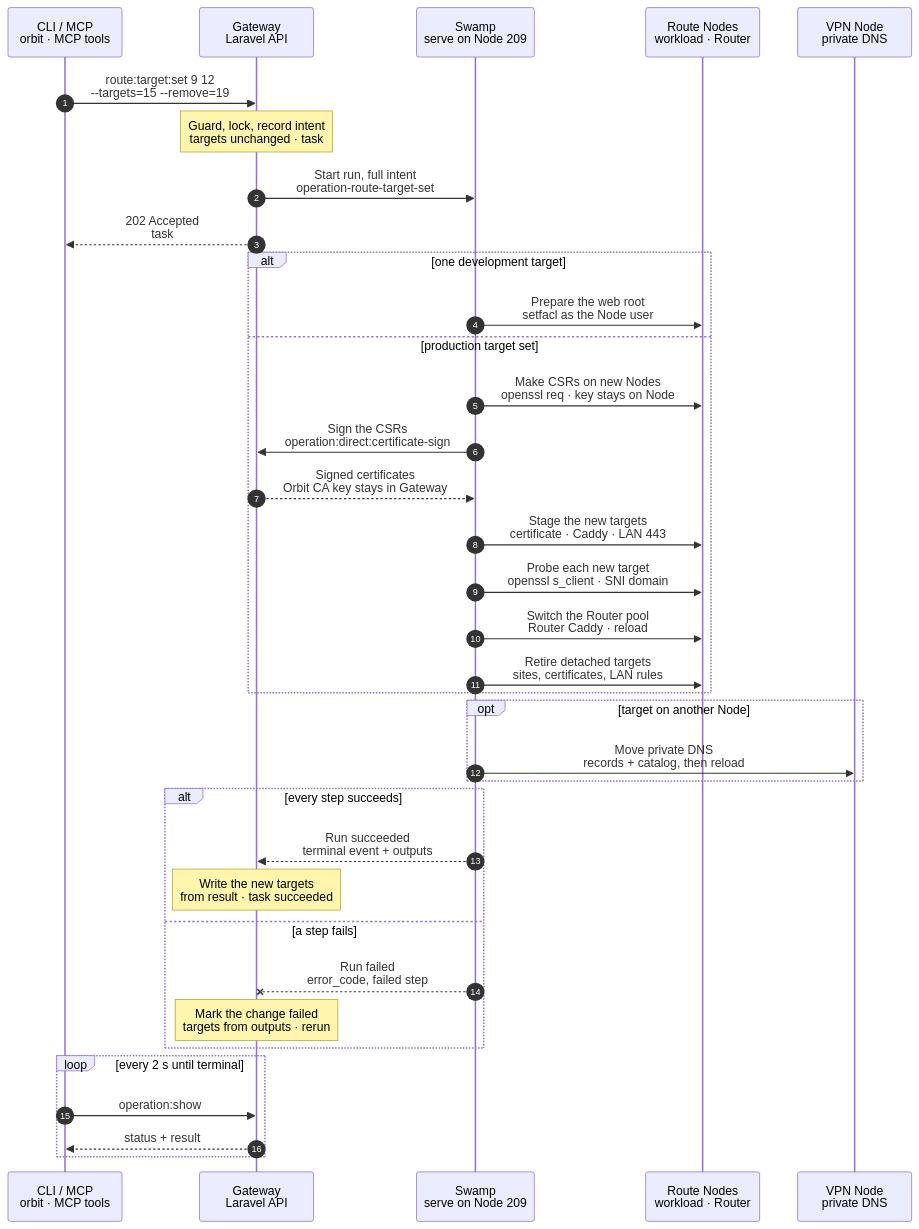
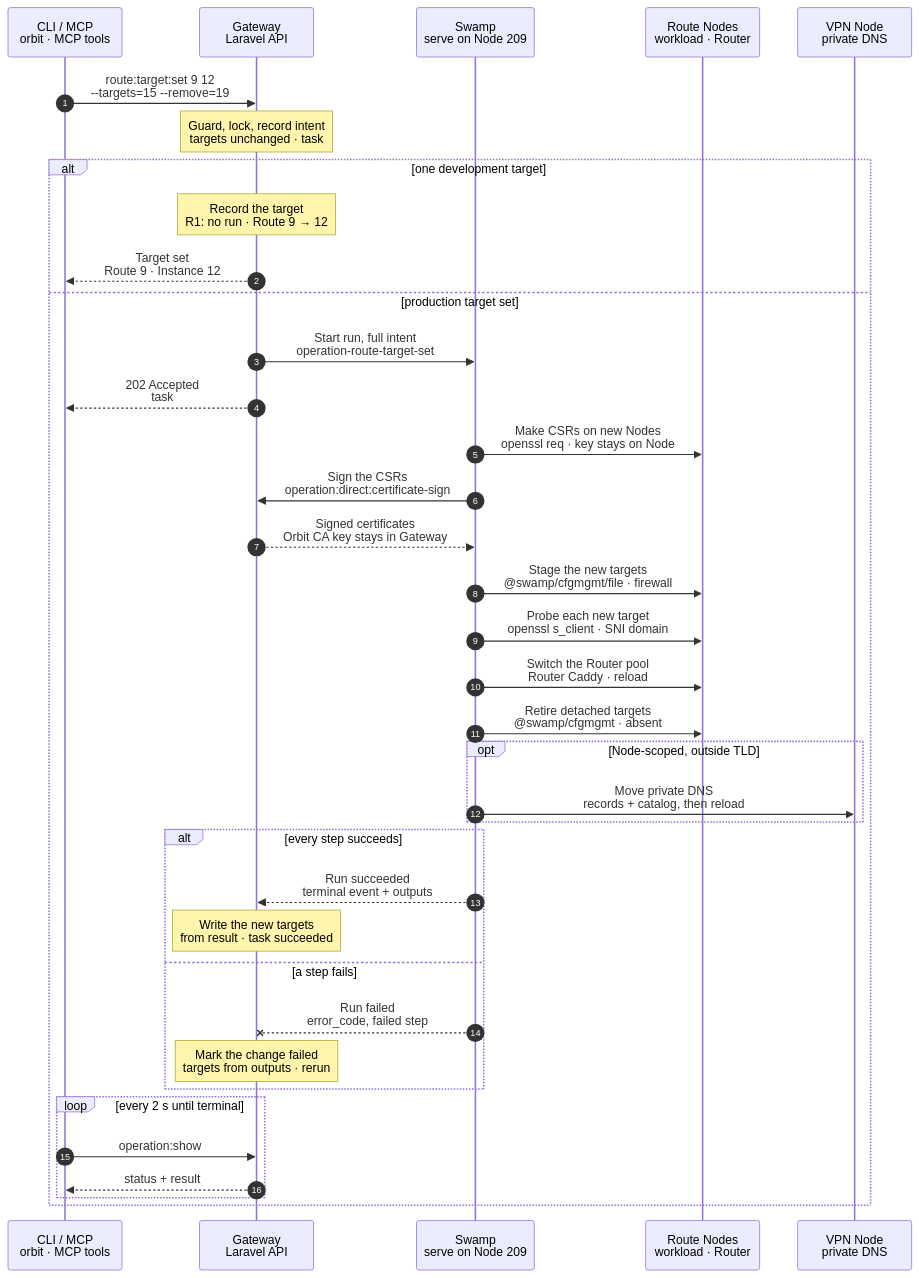
One commit to hardimpactdev/orbit changed the diagram in docs/cli/route/target-set.mmd. Above: the diagram before and after it, drawn with Mermaid.

Commit message:
docs(cli): tighten route.target_set chart

```diff
--- a/docs/cli/route/target-set.mmd
+++ b/docs/cli/route/target-set.mmd
@@ -1,135 +1,141 @@
 sequenceDiagram
   %% Target design: ADR 0244 task, DECISIONS R1-R4 + round 2 (target_set single path, R2), Gateway signs CSRs (root-of-trust), single-swamp-node. docs/cli/route.mdx, docs/reference/routes.md (Create and change targets, Change a production target set).
+  %% Tightened: flow-tighten 2026-11-02, rules 2, 3, 22 (development target is record-only: instance:create owns web-root access; DNS only outside the TLD; cfgmgmt file/firewall).
   %% status: draft
   %% command: route:target:set
   %% kind: route.target_set
   autonumber
   %% lane CLI icon=terminal pill=caller tone=gray
   %% lane GW icon=gateway pill=intent tone=blue
   %% lane SW icon=workflow pill=executes tone=green
   %% lane N icon=server pill=target tone=amber
   %% lane V icon=server pill=target tone=purple
   participant CLI as CLI / MCP<br/>orbit · MCP tools
   participant GW as Gateway<br/>Laravel API
   participant SW as Swamp<br/>serve on Node 209
   participant N as Route Nodes<br/>workload · Router
   participant V as VPN Node<br/>private DNS
   CLI->>GW: route:target:set 9 12<br/>--targets=15 --remove=19
   %%> Command:
   %%> - `orbit route:target:set 9 12 --targets=15 --reassign=18:4 --remove=19`
   %%> - syntax: `<route> <target> [--targets=ID]... [--reassign=ID:ROUTE]... [--remove=ID]...`
   %%> Input:
   %%> - Route 9 and Instance 12
   %%> - without options: one target
   %%> - with options: the complete ordered production target set, here Instances 12 and 15
   %%> - each detached Instance needs a disposition: `--reassign=18:4` moves Instance 18 to Route 4, `--remove=19` allows removing Instance 19
   Note over GW: Guard, lock, record intent<br/>targets unchanged · task #5140
   %%> Requirements:
   %%> - your Node has an access grant to every target's Node
   %%> - every target is an active Instance of Route 9's Project (`route.target_app_conflict`, `route.target_inactive`)
   %%> - no active Instance loses its only Route (`route.target_conflict`)
   %%> - a single target never takes an Instance from another Route
   %%> - a target set: an explicit Cluster-scoped Route; each target a production Instance on its own active `app-prod` Node in that Cluster
   %%> Locks:
   %%> - the projection lock and the environment owner of every Instance named
   %%> - a busy lock is waited for up to 30 s, then `app-dev.projection_busy`
   %%> Result:
   %%> - task #5140 recorded with the full intent, including the old targets for recovery
   %%> - Route 9's targets stay as they are until the result
-  GW->>SW: Start run, full intent<br/>operation-route-target-set
-  %%> What it does:
-  %%> - starts one Swamp run on serve (Node 209)
-  %%> Inputs:
-  %%> - the old and new targets, and each detached Instance's disposition
-  %%> - the rendered Caddy blocks before and after, certificate leaves, LAN tuples and probes, per Node
-  %%> - production `.env` material only as vault key names in `orbit-control-inputs` (R3)
-  %%> - each Node's address and SSH host keys; the SSH identity comes from the `swamp` role
-  GW-->>CLI: 202 Accepted<br/>task #5140
-  %%> What you get:
-  %%> - the task number, at once
-  %%> Next:
-  %%> - the CLI follows the task with `operation:show`
   alt one development target
-    SW->>N: Prepare the web root<br/>setfacl as the Node user
-    %%> What it does:
-    %%> - denies Caddy the rest of Instance 12's checkout and its Git directory
-    %%> - grants Caddy read access to the web root, and passage through the directories above it
+    Note over GW: Record the target<br/>R1: no run · Route 9 → 12
     %%> When:
     %%> - Route 9 is not `active`; changing the target of an active Route is refused at admission
-    %%> Retry:
-    %%> - setting the same target again walks the checkout again and repairs the access
+    %%> Why no run:
+    %%> - `instance:create` already gave Caddy read access to Instance 12's web root (rule 2); nothing changes on a Node
+    %%> - Route 9 is not published yet, so no site or DNS record moves
+    %%> Result:
+    %%> - Route 9's target becomes Instance 12; no task, no Swamp run
+    GW-->>CLI: Target set<br/>Route 9 · Instance 12
+    %%> What you get:
+    %%> - the final result at once; there is nothing to follow
   else production target set
+    GW->>SW: Start run, full intent<br/>operation-route-target-set
+    %%> What it does:
+    %%> - starts one Swamp run on serve (Node 209)
+    %%> Inputs:
+    %%> - the old and new targets, and each detached Instance's disposition
+    %%> - the rendered Caddy blocks before and after, certificate leaves, LAN tuples and probes, per Node
+    %%> - production `.env` material only as vault key names in `orbit-control-inputs` (R3)
+    %%> - each Node's address and SSH host keys; the SSH identity comes from the `swamp` role
+    GW-->>CLI: 202 Accepted<br/>task #5140
+    %%> What you get:
+    %%> - the task number, at once
+    %%> Next:
+    %%> - the CLI follows the task with `operation:show`
     SW->>N: Make CSRs on new Nodes<br/>openssl req · key stays on Node
     %%> How:
     %%> - Swamp reaches each new target's Node over `@swamp/ssh` from 209
     %%> What it does:
     %%> - makes a key and a certificate request for the Route domain under a temporary scope
     %%> - returns only the public CSRs
     SW->>GW: Sign the CSRs<br/>operation:direct:certificate-sign
     %%> What it does:
     %%> - sends the CSRs with task #5140 and the run id
     %%> Why:
     %%> - the Orbit CA key stays in the Gateway; signing is the one step that calls the Gateway
     GW-->>SW: Signed certificates<br/>Orbit CA key stays in Gateway
     %%> Returns:
     %%> - one public certificate bundle per leaf
-    SW->>N: Stage the new targets<br/>certificate · Caddy · LAN 443
+    SW->>N: Stage the new targets<br/>@swamp/cfgmgmt/file · firewall
     %%> What it does:
-    %%> - installs each certificate, adds the workload site, and allows the Router on LAN port 443
+    %%> - installs each certificate and adds the workload site with `@swamp/cfgmgmt/file`, and allows the Router on LAN port 443 with `@swamp/cfgmgmt/firewall`
+    %%> - one `forEach` over the new Nodes, all at once
     %%> - validates each Caddyfile, then reloads Caddy; never a restart (rule 7)
     %%> - writes the production `.env` of each new target against Route 9
     SW->>N: Probe each new target<br/>openssl s_client · SNI domain
     %%> What it does:
     %%> - connects from 209 to each new workload on port 443, with the Route domain as SNI
     %%> Why:
     %%> - the Router only sends traffic to targets that serve
     SW->>N: Switch the Router pool<br/>Router Caddy · reload
     %%> What it does:
     %%> - sets the Router's upstream pool to Instances 12 and 15, in order
     %%> - validates, then reloads Caddy on the Router
     %%> Not included:
     %%> - DNS: the Route domain points at the Router, which does not change
-    SW->>N: Retire detached targets<br/>sites, certificates, LAN rules
+    SW->>N: Retire detached targets<br/>@swamp/cfgmgmt · absent
     %%> What it does:
     %%> - removes the old workload sites and temporary certificates no Route needs any more
     %%> - Instance 18's site follows it to Route 4
     %%> - removes Instance 19 with the shared Instance removal steps, because `--remove=19` allowed it
+    opt Node-scoped, outside TLD
+      SW->>V: Move private DNS<br/>records + catalog, then reload
+      %%> When:
+      %%> - a Node-scoped Route whose new target runs on another Node, with a domain outside the Cluster or Node TLD
+      %%> - private DNS answers the whole TLD, so a domain inside it needs no record
+      %%> What it does:
+      %%> - points the Route domain at the new Node and checks a DNS reply
+    end
+    alt every step succeeds
+      SW-->>GW: Run succeeded<br/>terminal event + outputs
+      %%> How the Gateway learns it:
+      %%> - its shared run reader sees the terminal event; Swamp never calls the Gateway
+      Note over GW: Write the new targets<br/>from result · task succeeded
+      %%> Result:
+      %%> - Route 9 targets Instances 12 and 15
+      %%> - Instance 18 belongs to Route 4; Instance 19 is removed
+      %%> - task #5140 succeeds, and the Gateway broadcasts `route.updated`
+    else a step fails
+      SW--xGW: Run failed<br/>error_code, failed step
+      %%> The Gateway reads:
+      %%> - which step failed, its error code, and whether the Router pool had switched
+      Note over GW: Mark the change failed<br/>targets from outputs · rerun
+      %%> Result before the Router switch:
+      %%> - Route 9 keeps its old targets; staged sites serve no traffic, so they stay
+      %%> Result after the Router switch:
+      %%> - the new pool serves, so the Gateway records the new targets from the run's outputs
+      %%> - a rerun finishes the retire steps
+      %%> - task #5140 fails, with `failed_step` and `error_code` on Route 9
+      %%> Retry:
+      %%> - run the same command again after fixing the cause; it skips finished steps
+    end
+    loop every 2 s until terminal
+      CLI->>GW: operation:show #5140
+      %%> What it does:
+      %%> - asks for the task's status every 2 seconds until it has ended
+      GW-->>CLI: status + result
+      %%> Returns:
+      %%> - the current status, and the result once the task has ended
+    end
   end
-  opt target on another Node
-    SW->>V: Move private DNS<br/>records + catalog, then reload
-    %%> When:
-    %%> - a Node-scoped Route whose new target runs on another Node
-    %%> What it does:
-    %%> - points the Route domain at the new Node and checks a DNS reply
-  end
-  alt every step succeeds
-    SW-->>GW: Run succeeded<br/>terminal event + outputs
-    %%> How the Gateway learns it:
-    %%> - its shared run reader sees the terminal event; Swamp never calls the Gateway
-    Note over GW: Write the new targets<br/>from result · task succeeded
-    %%> Result:
-    %%> - Route 9 targets Instances 12 and 15
-    %%> - Instance 18 belongs to Route 4; Instance 19 is removed
-    %%> - task #5140 succeeds, and the Gateway broadcasts `route.updated`
-  else a step fails
-    SW--xGW: Run failed<br/>error_code, failed step
-    %%> The Gateway reads:
-    %%> - which step failed, its error code, and whether the Router pool had switched
-    Note over GW: Mark the change failed<br/>targets from outputs · rerun
-    %%> Result before the Router switch:
-    %%> - Route 9 keeps its old targets; staged sites serve no traffic, so they stay
-    %%> Result after the Router switch:
-    %%> - the new pool serves, so the Gateway records the new targets from the run's outputs
-    %%> - a rerun finishes the retire steps
-    %%> - task #5140 fails, with `failed_step` and `error_code` on Route 9
-    %%> Retry:
-    %%> - run the same command again after fixing the cause; it skips finished steps
-  end
-  loop every 2 s until terminal
-    CLI->>GW: operation:show #5140
-    %%> What it does:
-    %%> - asks for the task's status every 2 seconds until it has ended
-    GW-->>CLI: status + result
-    %%> Returns:
-    %%> - the current status, and the result once the task has ended
-  end
```
